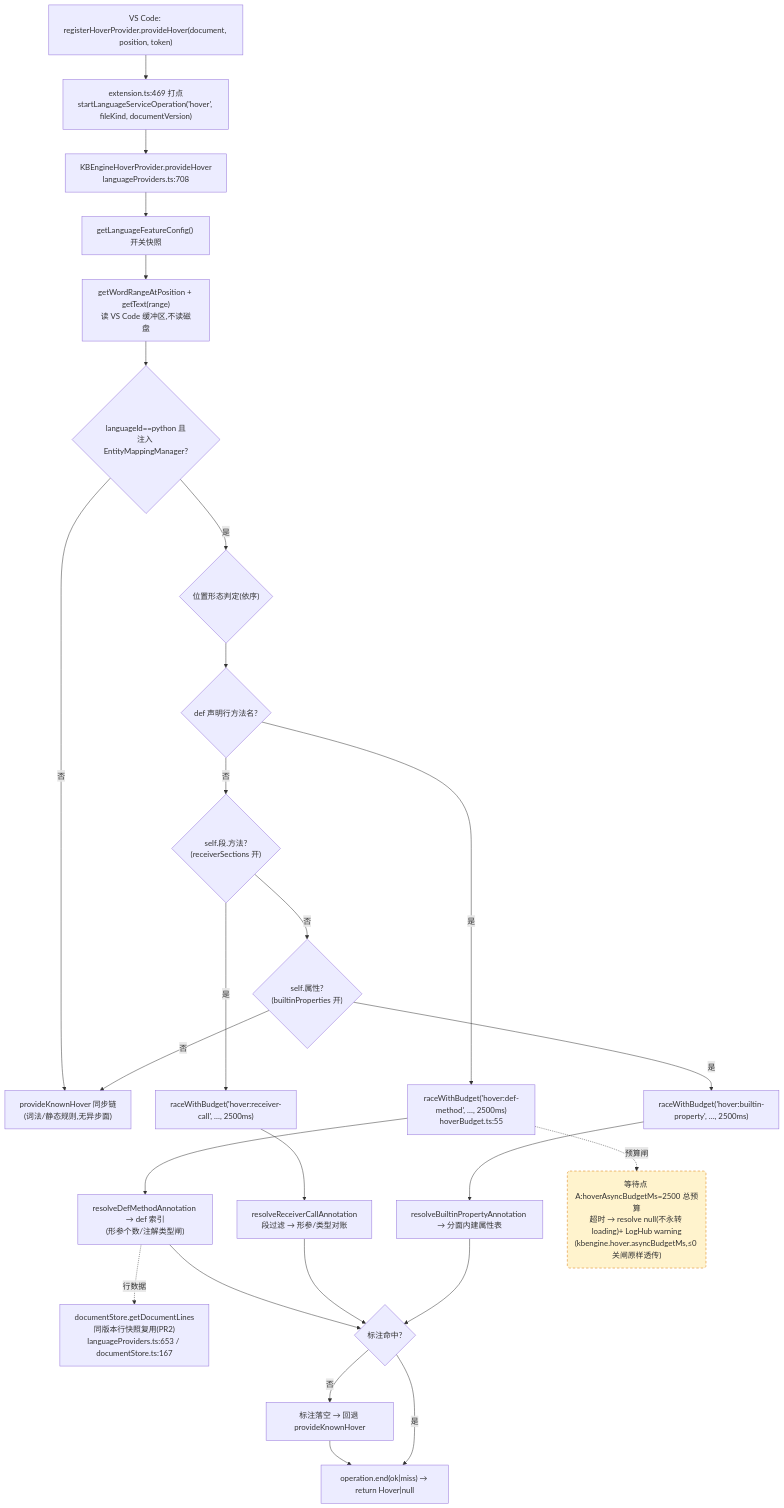
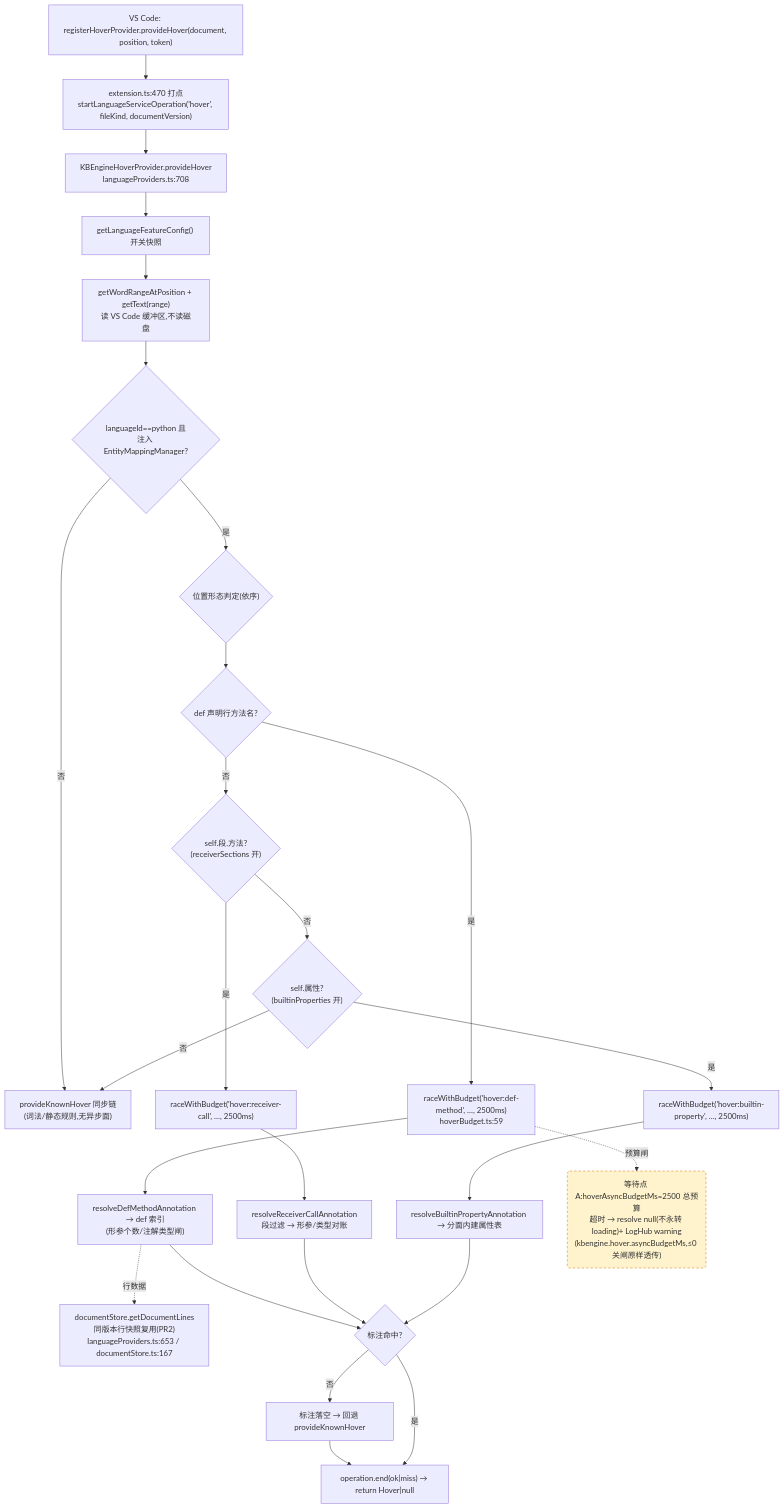
One commit to cuihairu/kode changed the first of 4 diagrams in docs/perf/2026-baseline.md. Above: the diagram before and after it, drawn with Mermaid. The commit also changed other lines of this file and 1 other file, not shown here.

````diff
--- a/docs/perf/2026-baseline.md
+++ b/docs/perf/2026-baseline.md
@@ -80,45 +80,45 @@
 ```mermaid
 flowchart TD
   VC1["VS Code: registerHoverProvider.provideHover(document, position, token)"]
-  M1["extension.ts:469 打点<br/>startLanguageServiceOperation('hover', fileKind, documentVersion)"]
+  M1["extension.ts:470 打点<br/>startLanguageServiceOperation('hover', fileKind, documentVersion)"]
   HP["KBEngineHoverProvider.provideHover<br/>languageProviders.ts:708"]
   CFG["getLanguageFeatureConfig() 开关快照"]
   WORD["getWordRangeAtPosition + getText(range)<br/>读 VS Code 缓冲区,不读磁盘"]
   BR{"languageId==python 且<br/>注入 EntityMappingManager?"}
   KN["provideKnownHover 同步链<br/>(词法/静态规则,无异步面)"]
   POS{"位置形态判定(依序)"}
   D1{"def 声明行方法名?"}
   D2{"self.段.方法?<br/>(receiverSections 开)"}
   D3{"self.属性?<br/>(builtinProperties 开)"}
-  RA1["raceWithBudget('hover:def-method', …, 2500ms)<br/>hoverBudget.ts:55"]
+  RA1["raceWithBudget('hover:def-method', …, 2500ms)<br/>hoverBudget.ts:59"]
   RA2["raceWithBudget('hover:receiver-call', …, 2500ms)"]
   RA3["raceWithBudget('hover:builtin-property', …, 2500ms)"]
   RS1["resolveDefMethodAnnotation → def 索引<br/>(形参个数/注解类型闸)"]
   RS2["resolveReceiverCallAnnotation<br/>段过滤 → 形参/类型对账"]
   RS3["resolveBuiltinPropertyAnnotation → 分面内建属性表"]
   LINES["documentStore.getDocumentLines<br/>同版本行快照复用(PR2)<br/>languageProviders.ts:653 / documentStore.ts:167"]
   MISS["标注落空 → 回退 provideKnownHover"]
   END1["operation.end(ok|miss) → return Hover|null"]
 
   VC1 --> M1 --> HP --> CFG --> WORD --> BR
   BR -- "否" --> KN
   BR -- "是" --> POS --> D1
   D1 -- "是" --> RA1 --> RS1
   D1 -- "否" --> D2
   D2 -- "是" --> RA2 --> RS2
   D2 -- "否" --> D3
   D3 -- "是" --> RA3 --> RS3
   D3 -- "否" --> KN
   RS1 --> HIT{"标注命中?"}
   RS2 --> HIT
   RS3 --> HIT
   RS1 -.->|行数据| LINES
   HIT -- "否" --> MISS --> END1
   HIT -- "是" --> END1
 
   WAITA("等待点 A:hoverAsyncBudgetMs=2500 总预算<br/>超时 → resolve null(不永转 loading)+ LogHub warning<br/>(kbengine.hover.asyncBudgetMs,≤0 关闸原样透传)")
   RA1 -.->|预算闸| WAITA
 
   classDef waitPoint fill:#fff3cd,stroke:#d97706,stroke-dasharray:5 4;
   class WAITA waitPoint;
 ```
````
